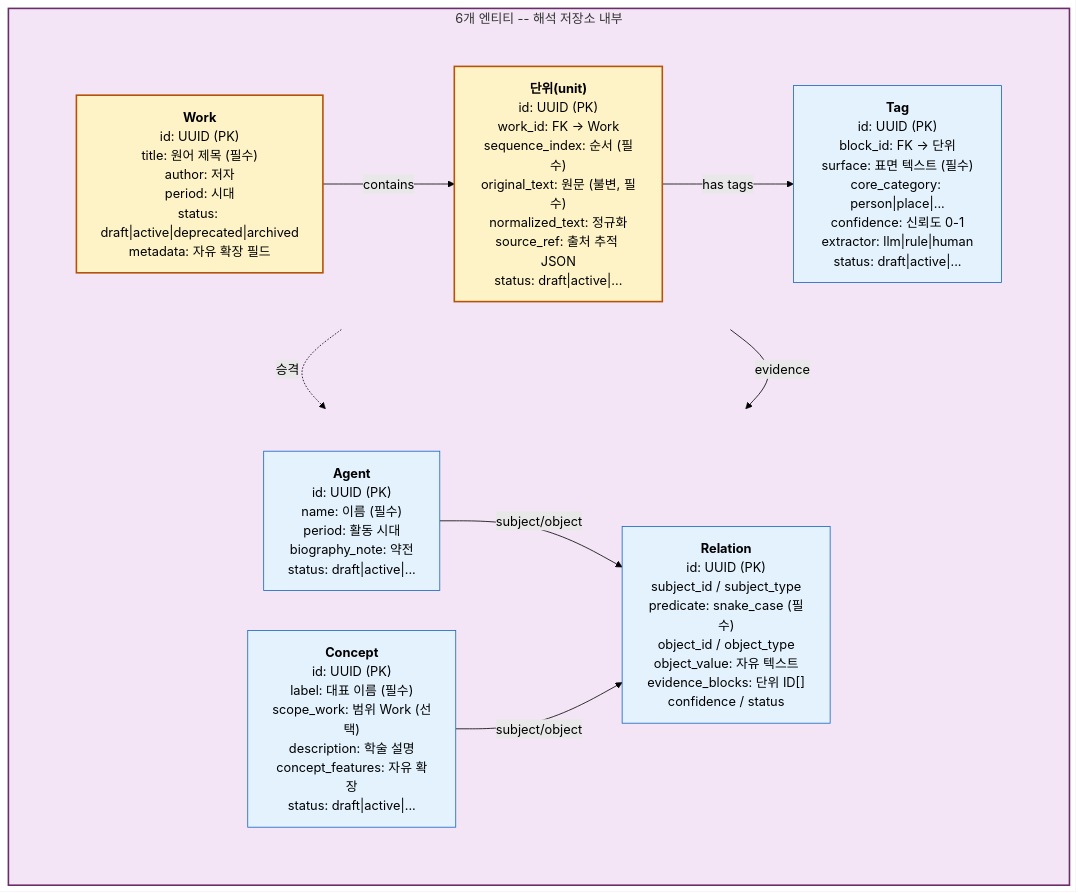
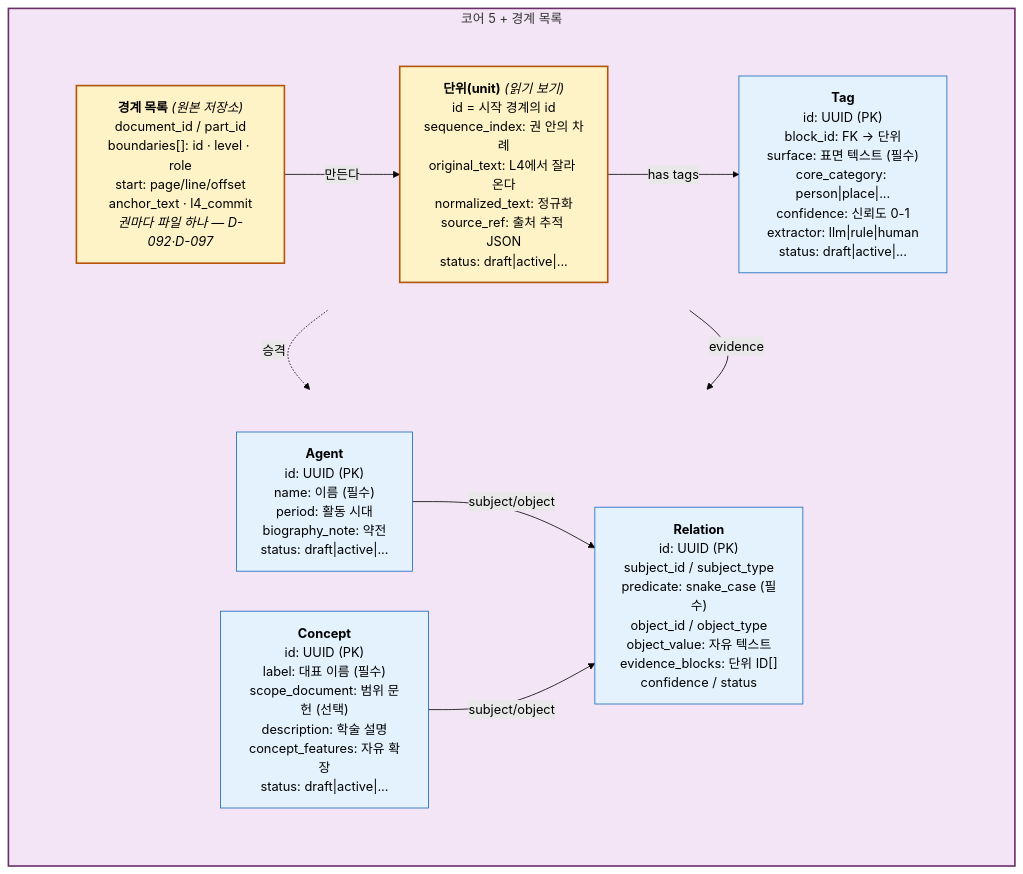
The third of 13 diagrams in docs/architecture-diagrams.md (hw725/classical-text-browser), drawn with Mermaid (forest theme) before and after one commit. The commit also changed other lines of this file and 25 other files, not shown here.

````diff
--- a/docs/architecture-diagrams.md
+++ b/docs/architecture-diagrams.md
@@ -273,35 +273,35 @@
 ```mermaid
 flowchart TB
-    subgraph SCHEMA["6개 엔티티 -- 해석 저장소 내부"]
+    subgraph SCHEMA["코어 5 + 경계 목록"]
         direction TB
         subgraph ROW1[" "]
             direction LR
-            WORK["<b>Work</b><br/>id: UUID (PK)<br/>title: 원어 제목 (필수)<br/>author: 저자<br/>period: 시대<br/>status: draft|active|deprecated|archived<br/>metadata: 자유 확장 필드"]
-            TB_NODE["<b>단위(unit)</b><br/>id: UUID (PK)<br/>work_id: FK → Work<br/>sequence_index: 순서 (필수)<br/>original_text: 원문 (불변, 필수)<br/>normalized_text: 정규화<br/>source_ref: 출처 추적 JSON<br/>status: draft|active|..."]
+            BND2["<b>경계 목록</b> <i>(원본 저장소)</i><br/>document_id / part_id<br/>boundaries[]: id · level · role<br/>start: page/line/offset<br/>anchor_text · l4_commit<br/><i>권마다 파일 하나 — D-092·D-097</i>"]
+            TB_NODE["<b>단위(unit)</b> <i>(읽기 보기)</i><br/>id = 시작 경계의 id<br/>sequence_index: 권 안의 차례<br/>original_text: L4에서 잘라 온다<br/>normalized_text: 정규화<br/>source_ref: 출처 추적 JSON<br/>status: draft|active|..."]
             TAG["<b>Tag</b><br/>id: UUID (PK)<br/>block_id: FK → 단위<br/>surface: 표면 텍스트 (필수)<br/>core_category: person|place|...<br/>confidence: 신뢰도 0-1<br/>extractor: llm|rule|human<br/>status: draft|active|..."]
         end
         subgraph ROW2[" "]
             direction LR
-            CONCEPT["<b>Concept</b><br/>id: UUID (PK)<br/>label: 대표 이름 (필수)<br/>scope_work: 범위 Work (선택)<br/>description: 학술 설명<br/>concept_features: 자유 확장<br/>status: draft|active|..."]
+            CONCEPT["<b>Concept</b><br/>id: UUID (PK)<br/>label: 대표 이름 (필수)<br/>scope_document: 범위 문헌 (선택)<br/>description: 학술 설명<br/>concept_features: 자유 확장<br/>status: draft|active|..."]
             AGENT["<b>Agent</b><br/>id: UUID (PK)<br/>name: 이름 (필수)<br/>period: 활동 시대<br/>biography_note: 약전<br/>status: draft|active|..."]
             RELATION["<b>Relation</b><br/>id: UUID (PK)<br/>subject_id / subject_type<br/>predicate: snake_case (필수)<br/>object_id / object_type<br/>object_value: 자유 텍스트<br/>evidence_blocks: 단위 ID[]<br/>confidence / status"]
         end
 
-        WORK -->|"contains"| TB_NODE
+        BND2 -->|"만든다"| TB_NODE
         TB_NODE -->|"has tags"| TAG
         TAG -.->|"승격"| CONCEPT
         AGENT -->|"subject/object"| RELATION
         CONCEPT -->|"subject/object"| RELATION
         TB_NODE -->|"evidence"| RELATION
     end
 
     style SCHEMA fill:#f3e5f5,stroke:#6a2d6a,stroke-width:2px
-    style WORK fill:#fef3c7,stroke:#b45309,stroke-width:2px
+    style BND2 fill:#fef3c7,stroke:#b45309,stroke-width:2px
     style TB_NODE fill:#fef3c7,stroke:#b45309,stroke-width:2px
     style TAG fill:#e3f2fd,stroke:#1565c0
     style CONCEPT fill:#e3f2fd,stroke:#1565c0
     style AGENT fill:#e3f2fd,stroke:#1565c0
     style RELATION fill:#e3f2fd,stroke:#1565c0
     style ROW1 fill:transparent,stroke:none
     style ROW2 fill:transparent,stroke:none
 ```
````
